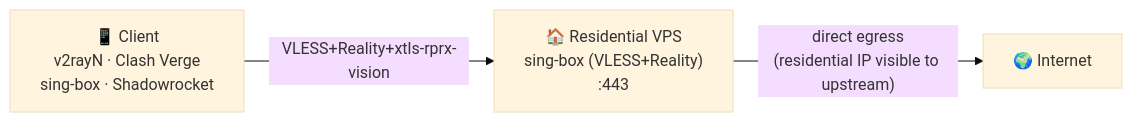
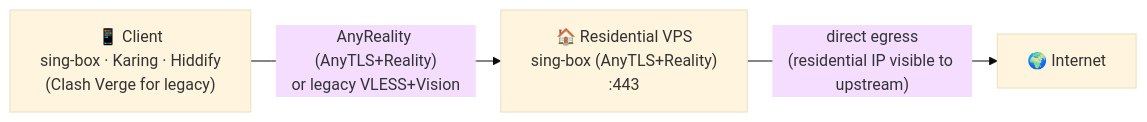
The first of 2 diagrams in README.md (tytsxai/anyreality-resi-stack), drawn with Mermaid (base theme) before and after one commit. The commit also changed other lines of this file and 47 other files, not shown here.

First line of the commit message:
release: v2.0.0 — AnyReality default + rebrand to anyreality-resi-stack

````diff
--- a/README.md
+++ b/README.md
@@ -167,8 +206,8 @@
 ```mermaid
 flowchart LR
-    Client["📱 Client<br/>v2rayN · Clash Verge<br/>sing-box · Shadowrocket"]
-    Resi["🏠 Residential VPS<br/>sing-box (VLESS+Reality)<br/>:443"]
+    Client["📱 Client<br/>sing-box · Karing · Hiddify<br/>(Clash Verge for legacy)"]
+    Resi["🏠 Residential VPS<br/>sing-box (AnyTLS+Reality)<br/>:443"]
     Internet["🌍 Internet"]
-    Client -->|"VLESS+Reality+xtls-rprx-vision"| Resi
+    Client -->|"AnyReality (AnyTLS+Reality)<br/>or legacy VLESS+Vision"| Resi
     Resi -->|"direct egress<br/>(residential IP visible to upstream)"| Internet
 ```
````
